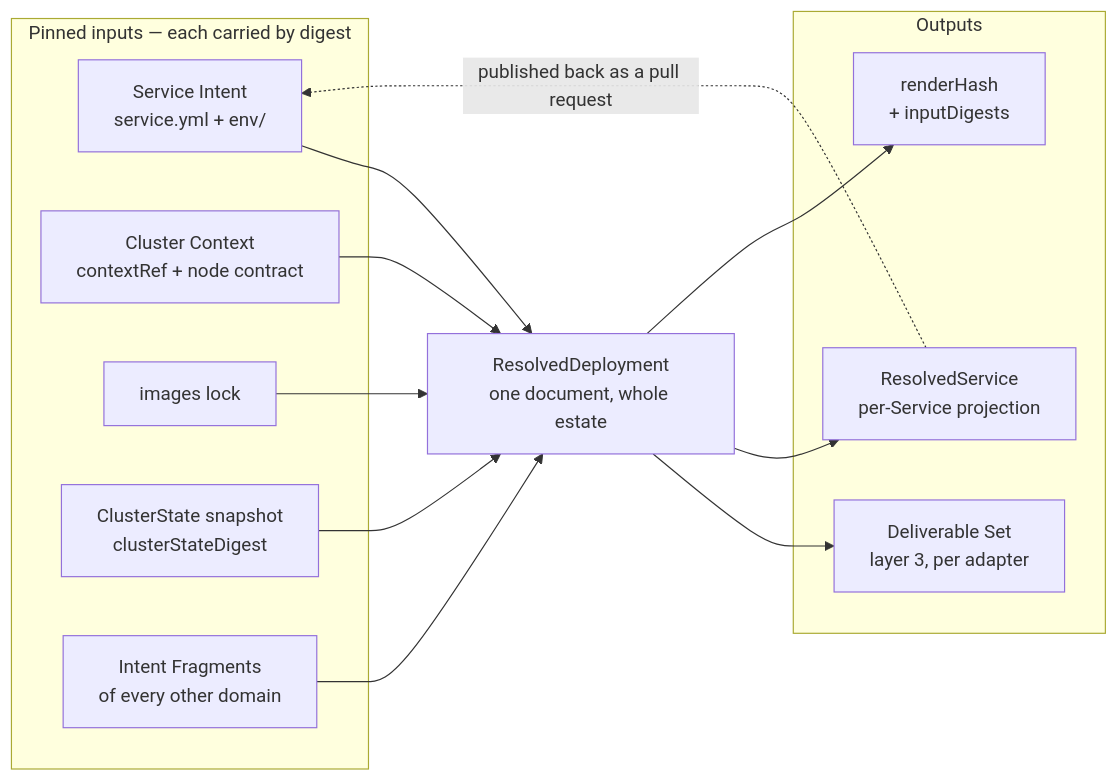
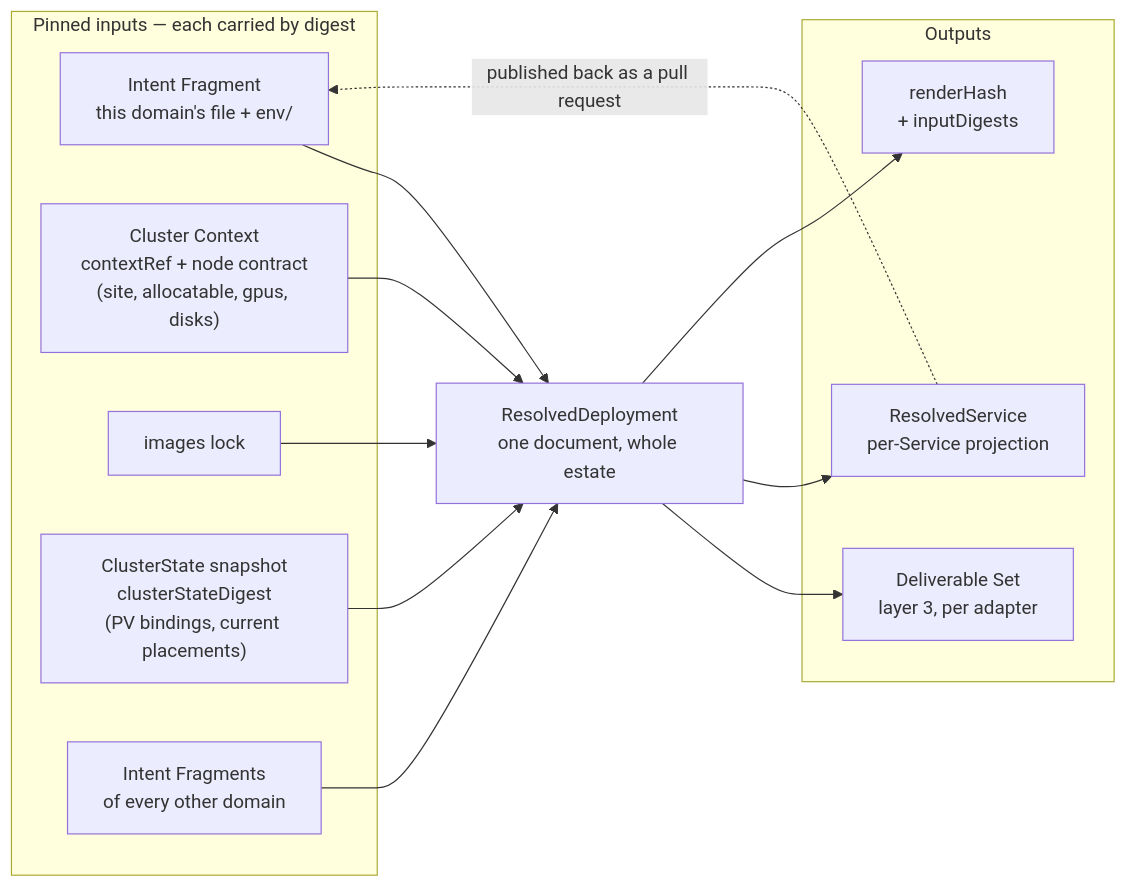
One commit to JorisJonkers-dev/deploy-kit changed the first of 2 diagrams in spec/v1/20-resolved-deployment.md. Above: the diagram before and after it, drawn with Mermaid. The commit also changed other lines of this file and 43 other files, not shown here.

First line of the commit message:
feat!: placement dimensions and one intent file per domain (#9)

````diff
--- a/spec/v1/20-resolved-deployment.md
+++ b/spec/v1/20-resolved-deployment.md
@@ -51,28 +51,28 @@
 ```mermaid
 flowchart LR
     subgraph IN["Pinned inputs — each carried by digest"]
-        i1["Service Intent<br/>service.yml + env/"]
-        i2["Cluster Context<br/>contextRef + node contract"]
+        i1["Intent Fragment<br/>this domain's file + env/"]
+        i2["Cluster Context<br/>contextRef + node contract<br/>(site, allocatable, gpus, disks)"]
         i3["images lock"]
-        i4["ClusterState snapshot<br/>clusterStateDigest"]
+        i4["ClusterState snapshot<br/>clusterStateDigest<br/>(PV bindings, current placements)"]
         i5["Intent Fragments<br/>of every other domain"]
     end
 
     RD["ResolvedDeployment<br/>one document, whole estate"]
 
     subgraph OUT["Outputs"]
         o1["Deliverable Set<br/>layer 3, per adapter"]
         o2["ResolvedService<br/>per-Service projection"]
         o3["renderHash<br/>+ inputDigests"]
     end
 
     i1 --> RD
     i2 --> RD
     i3 --> RD
     i4 --> RD
     i5 --> RD
     RD --> o1
     RD --> o2
     RD --> o3
     o2 -.->|"published back as a pull request"| i1
 ```
````
